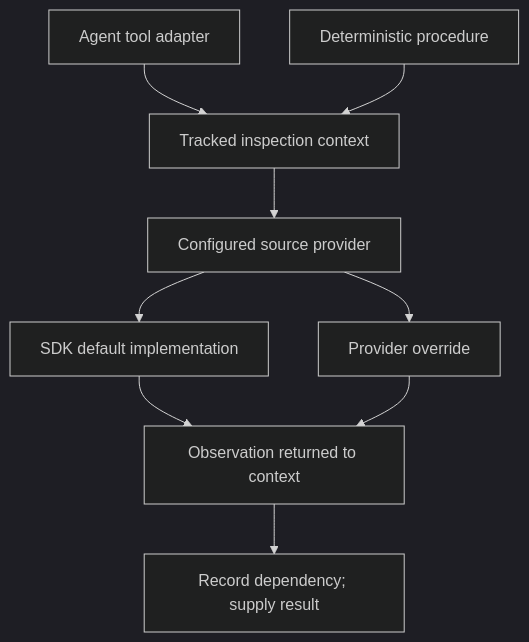
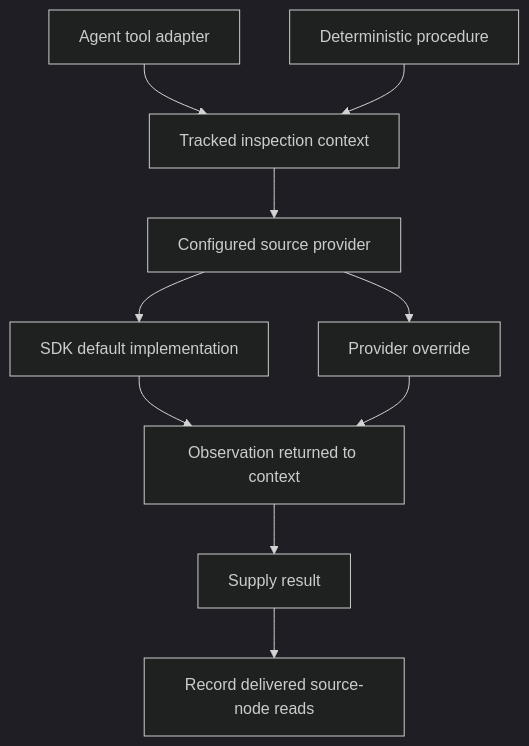
One commit to nikomatsakis/habeas-codicem changed the second of 2 diagrams in md/requirements/sdk/sources.md. Above: the diagram before and after it, drawn with Mermaid (dark theme). The commit also changed other lines of this file and 11 other files, not shown here.

````diff
--- a/md/requirements/sdk/sources.md
+++ b/md/requirements/sdk/sources.md
@@ -275,11 +275,12 @@
 ```mermaid
 flowchart TD
     Agent["Agent tool adapter"] --> Context["Tracked inspection context"]
     Code["Deterministic procedure"] --> Context
     Context --> Provider["Configured source provider"]
     Provider --> Default["SDK default implementation"]
     Provider --> Custom["Provider override"]
     Default --> Result["Observation returned to context"]
     Custom --> Result
-    Result --> Record["Record dependency; supply result"]
+    Result --> Return["Supply result"]
+    Return --> Record["Record delivered source-node reads"]
 ```
````
